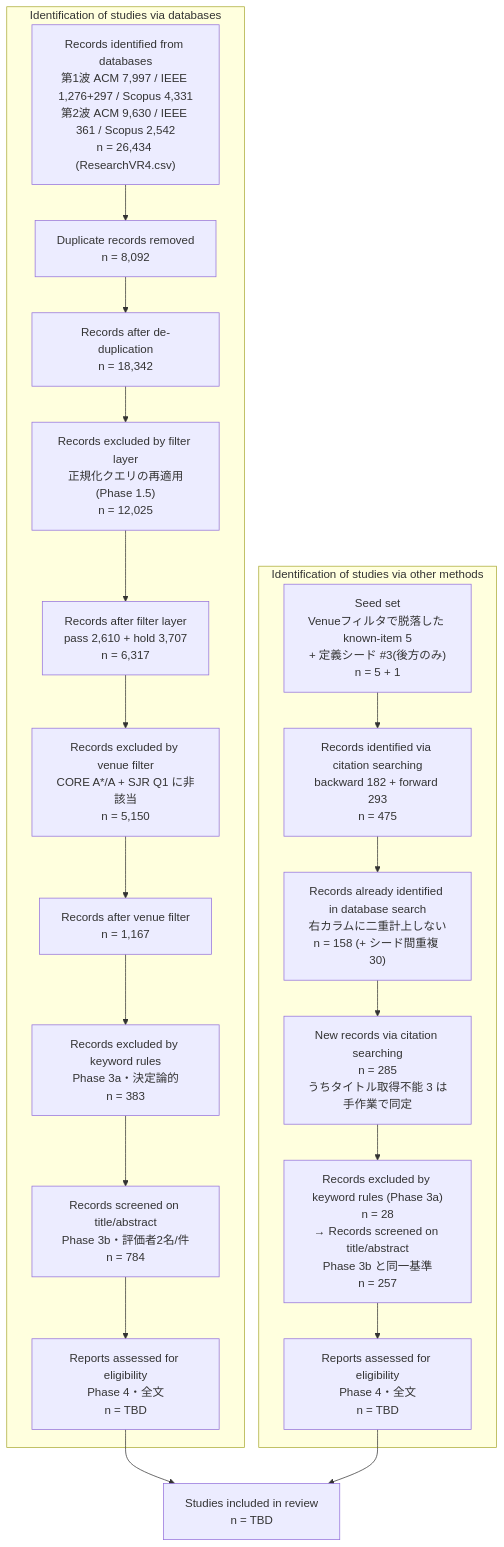
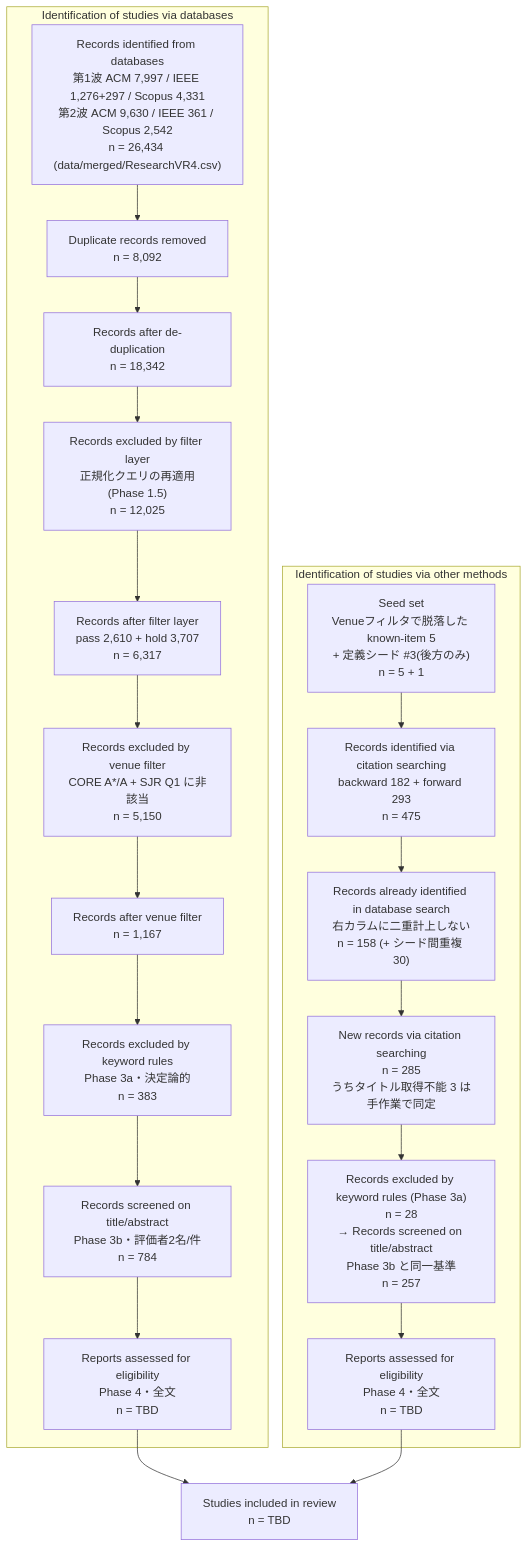
Before and after one commit to usamaru33/SurveyProtocol: the diagram in docs/protocol/snowballing_protocol.md, drawn with Mermaid. The commit also changed other lines of this file and 47 other files, not shown here.

````diff
--- a/docs/protocol/snowballing_protocol.md
+++ b/docs/protocol/snowballing_protocol.md
@@ -187,29 +187,29 @@
 ```mermaid
 flowchart TB
     subgraph L["Identification of studies via databases"]
-        L1["Records identified from databases<br/>第1波 ACM 7,997 / IEEE 1,276+297 / Scopus 4,331<br/>第2波 ACM 9,630 / IEEE 361 / Scopus 2,542<br/>n = 26,434 (ResearchVR4.csv)"]
+        L1["Records identified from databases<br/>第1波 ACM 7,997 / IEEE 1,276+297 / Scopus 4,331<br/>第2波 ACM 9,630 / IEEE 361 / Scopus 2,542<br/>n = 26,434 (data/merged/ResearchVR4.csv)"]
         L2["Duplicate records removed<br/>n = 8,092"]
         L3["Records after de-duplication<br/>n = 18,342"]
         LF["Records excluded by filter layer<br/>正規化クエリの再適用(Phase 1.5)<br/>n = 12,025"]
         LG["Records after filter layer<br/>pass 2,610 + hold 3,707<br/>n = 6,317"]
         L4["Records excluded by venue filter<br/>CORE A*/A + SJR Q1 に非該当<br/>n = 5,150"]
         L5["Records after venue filter<br/>n = 1,167"]
         L6["Records excluded by keyword rules<br/>Phase 3a・決定論的<br/>n = 383"]
         L7["Records screened on title/abstract<br/>Phase 3b・評価者2名/件<br/>n = 784"]
         L8["Reports assessed for eligibility<br/>Phase 4・全文<br/>n = TBD"]
         L1 --> L2 --> L3 --> LF --> LG --> L4 --> L5 --> L6 --> L7 --> L8
     end
 
     subgraph R["Identification of studies via other methods"]
         R1["Seed set<br/>Venueフィルタで脱落した known-item 5<br/>+ 定義シード #3(後方のみ)<br/>n = 5 + 1"]
         R2["Records identified via citation searching<br/>backward 182 + forward 293<br/>n = 475"]
         R3["Records already identified in database search<br/>右カラムに二重計上しない<br/>n = 158 (+ シード間重複 30)"]
         R4["New records via citation searching<br/>n = 285<br/>うちタイトル取得不能 3 は手作業で同定"]
         R5["Records excluded by keyword rules (Phase 3a)<br/>n = 28<br/>→ Records screened on title/abstract<br/>Phase 3b と同一基準<br/>n = 257"]
         R6["Reports assessed for eligibility<br/>Phase 4・全文<br/>n = TBD"]
         R1 --> R2 --> R3 --> R4 --> R5 --> R6
     end
 
     L8 --> INC["Studies included in review<br/>n = TBD"]
     R6 --> INC
 ```
````
